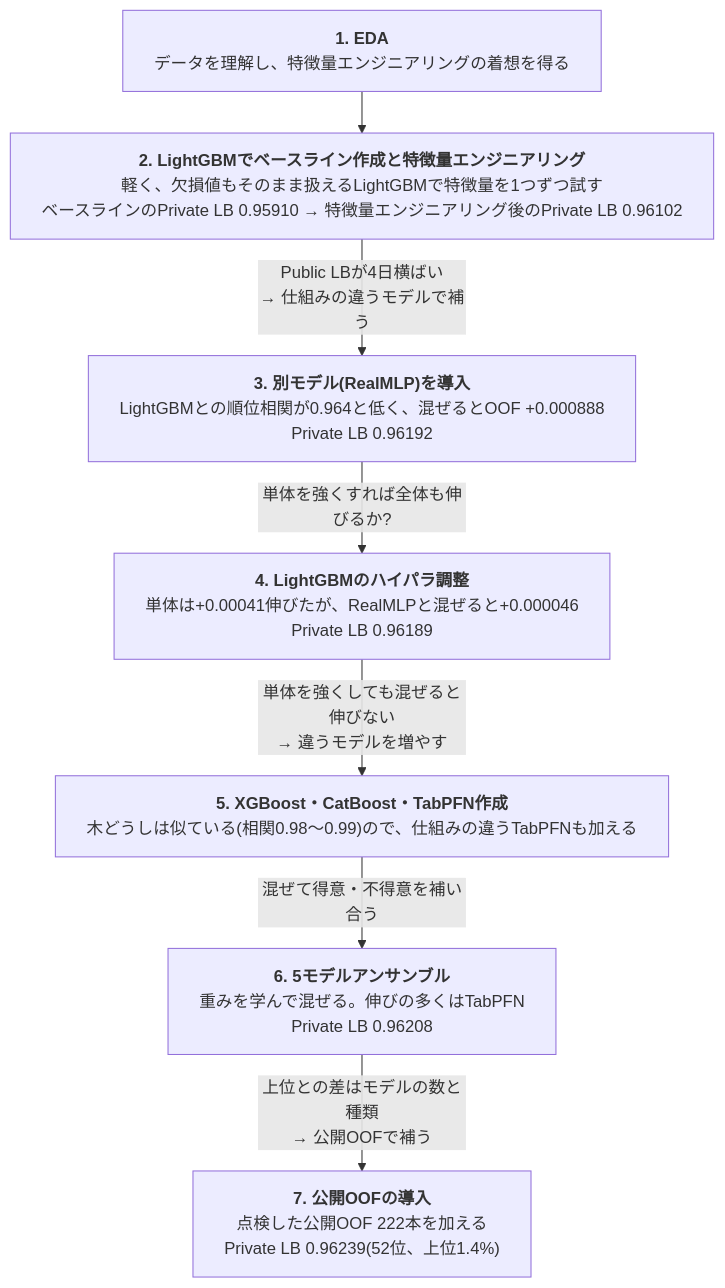
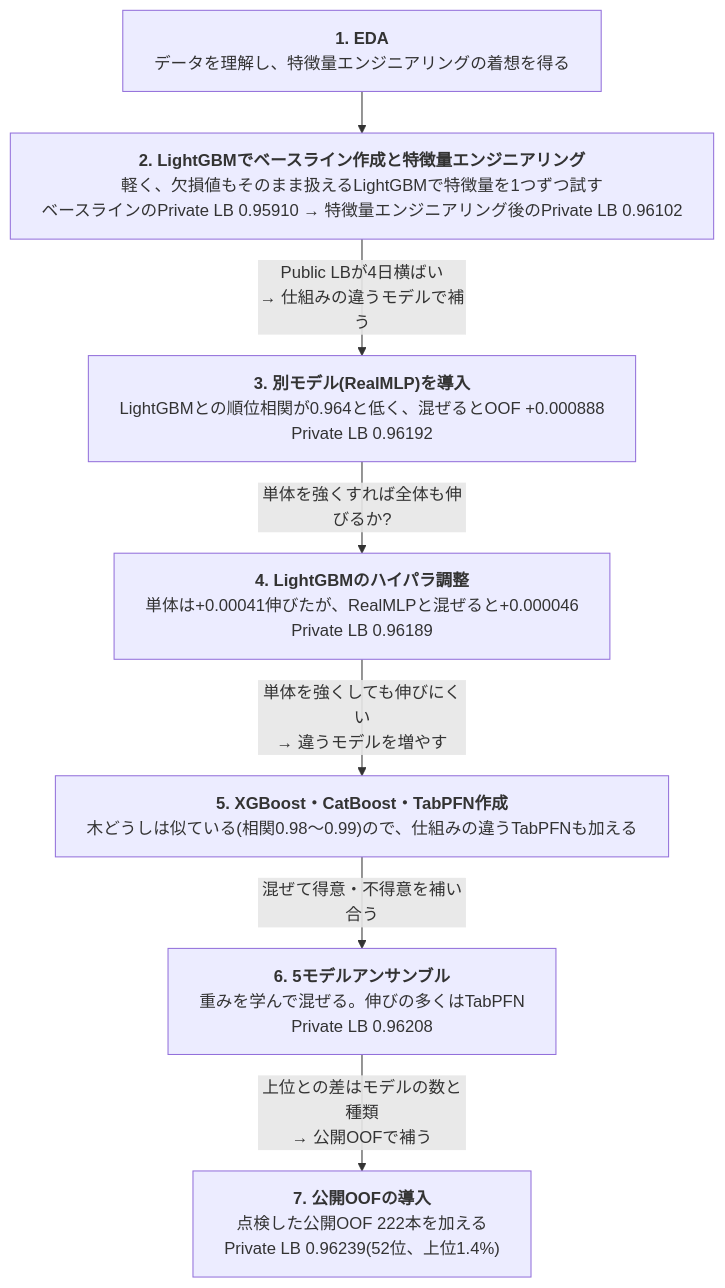
The first of 3 diagrams in README.md (aramaki5443-art/kaggle-s6e10-airline-satisfaction), drawn with Mermaid before and after one commit.

Commit message:
README: フロー図4→5のラベルを修正
Claude-Session: https://claude.ai/code/session_01W4XQw12fApd9PttvvKTwbS

````diff
--- a/README.md
+++ b/README.md
@@ -21,22 +21,22 @@
 ```mermaid
 ---
 config:
   flowchart:
     wrappingWidth: 800
     rankSpacing: 40
 ---
 flowchart TD
   S1["<b>1. EDA</b><br>データを理解し、特徴量エンジニアリングの着想を得る"]
   S2["<b>2. LightGBMでベースライン作成と特徴量エンジニアリング</b><br>軽く、欠損値もそのまま扱えるLightGBMで特徴量を1つずつ試す<br>ベースラインのPrivate LB 0.95910 → 特徴量エンジニアリング後のPrivate LB 0.96102"]
   S3["<b>3. 別モデル(RealMLP)を導入</b><br>LightGBMとの順位相関が0.964と低く、混ぜるとOOF +0.000888<br>Private LB 0.96192"]
   S4["<b>4. LightGBMのハイパラ調整</b><br>単体は+0.00041伸びたが、RealMLPと混ぜると+0.000046<br>Private LB 0.96189"]
   S5["<b>5. XGBoost・CatBoost・TabPFN作成</b><br>木どうしは似ている(相関0.98〜0.99)ので、仕組みの違うTabPFNも加える"]
   S6["<b>6. 5モデルアンサンブル</b><br>重みを学んで混ぜる。伸びの多くはTabPFN<br>Private LB 0.96208"]
   S7["<b>7. 公開OOFの導入</b><br>点検した公開OOF 222本を加える<br>Private LB 0.96239(52位、上位1.4%)"]
   S1 --> S2
   S2 -->|"Public LBが4日横ばい<br>→ 仕組みの違うモデルで補う"| S3
   S3 -->|"単体を強くすれば全体も伸びるか?"| S4
-  S4 -->|"単体を強くしても混ぜると伸びない<br>→ 違うモデルを増やす"| S5
+  S4 -->|"単体を強くしても伸びにくい<br>→ 違うモデルを増やす"| S5
   S5 -->|"混ぜて得意・不得意を補い合う"| S6
   S6 -->|"上位との差はモデルの数と種類<br>→ 公開OOFで補う"| S7
 ```
````
